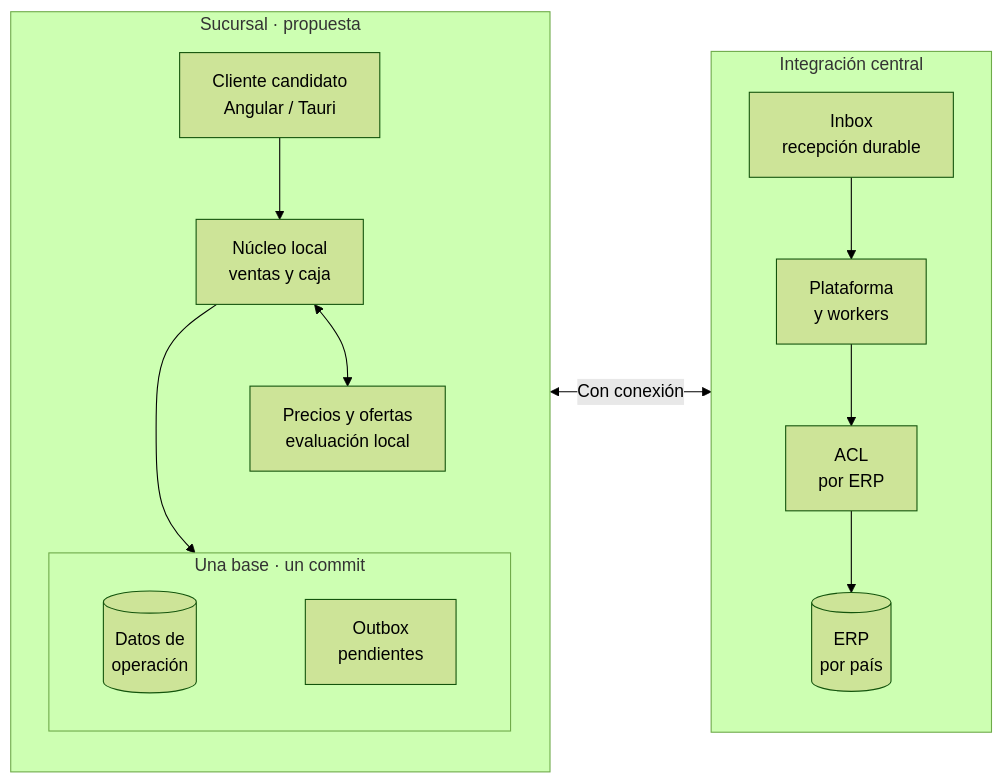
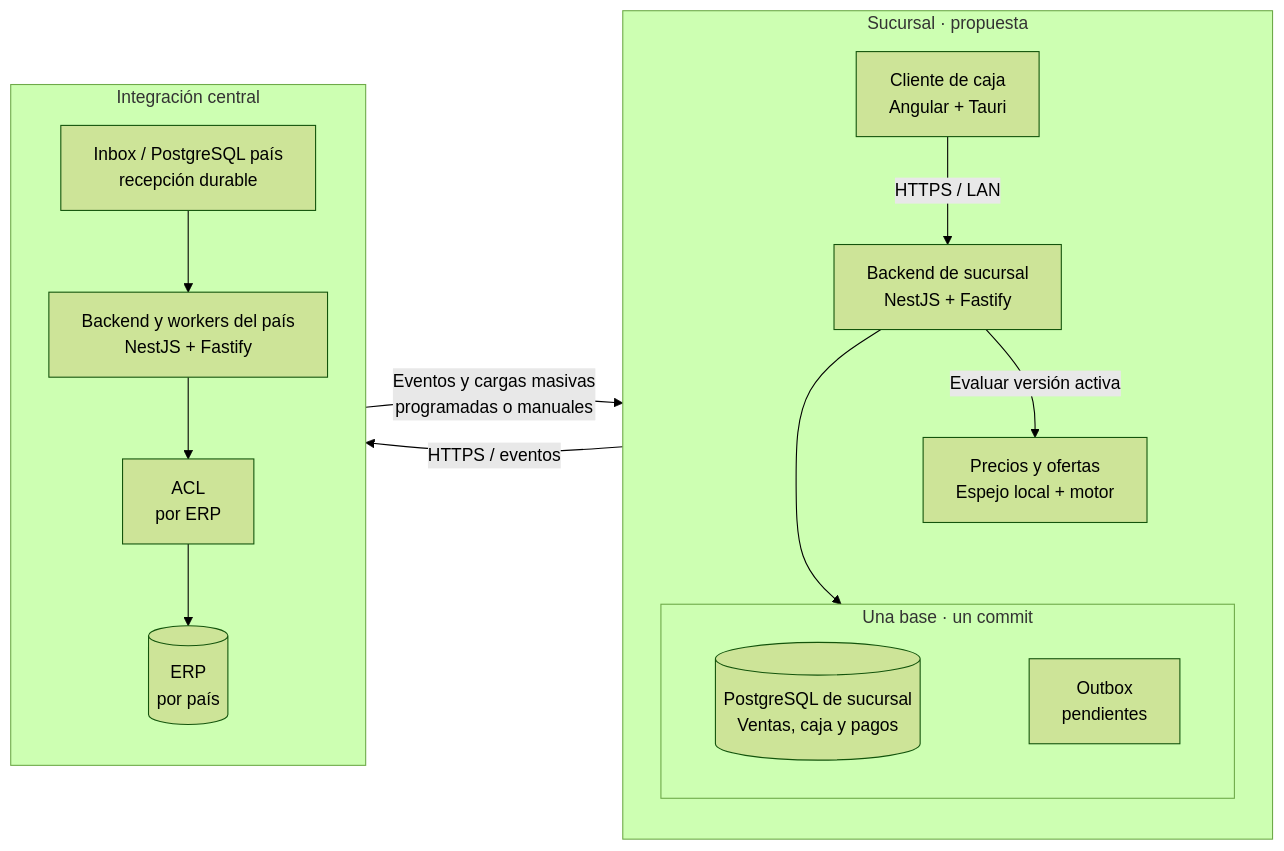
One commit to floxcristian/pos-architecture changed the diagram in presentation/diagrams/proposed.mmd. Above: the diagram before and after it, drawn with Mermaid (forest theme). The commit also changed 70 other files, not shown here.

Commit message:
Publish interactive POS architecture deck and editable C4 diagrams

```diff
--- a/presentation/diagrams/proposed.mmd
+++ b/presentation/diagrams/proposed.mmd
@@ -1,23 +1,24 @@
 flowchart LR
     accTitle: Propuesta de POS con operación local e integración posterior
-    accDescr: El núcleo local aplica ofertas y persiste operación y outbox en una misma transacción. Con conexión, el outbox entrega al inbox central. La plataforma usa una ACL para integrar el ERP. Es una propuesta, no una implementación existente.
+    accDescr: El backend de sucursal NestJS y Fastify evalúa precios sobre un espejo de PostgreSQL y guarda ventas y outbox en una transacción. Central recibe en PostgreSQL por país; una ACL integra el ERP. Los eventos y las cargas programadas o manuales actualizan el espejo. Arquitectura propuesta.
     subgraph branch["Sucursal · propuesta"]
         direction TB
-        ui["Cliente candidato<br/>Angular / Tauri"] --> edge["Núcleo local<br/>ventas y caja"]
-        edge <--> offers["Precios y ofertas<br/>evaluación local"]
+        tauri["Cliente de caja<br/>Angular + Tauri"] -->|"HTTPS / LAN"| edge["Backend de sucursal<br/>NestJS + Fastify"]
+        edge -->|"Evaluar versión activa"| offers["Precios y ofertas<br/>Espejo local + motor"]
         subgraph tx["Una base · un commit"]
             direction LR
-            edgedb[("Datos de<br/>operación")]
+            edgedb[("PostgreSQL de sucursal<br/>Ventas, caja y pagos")]
             outbox["Outbox<br/>pendientes"]
             edgedb ~~~ outbox
         end
         edge --> tx
         offers ~~~ tx
     end
     subgraph central["Integración central"]
         direction TB
-        inbox["Inbox<br/>recepción durable"] --> platform["Plataforma<br/>y workers"]
+        inbox["Inbox / PostgreSQL país<br/>recepción durable"] --> platform["Backend y workers del país<br/>NestJS + Fastify"]
         platform --> acl["ACL<br/>por ERP"]
         acl --> erp[("ERP<br/>por país")]
     end
-    branch <-->|"Con conexión"| central
+    outbox -->|"HTTPS / eventos"| inbox
+    platform -->|"Eventos y cargas masivas<br/>programadas o manuales"| offers
```
